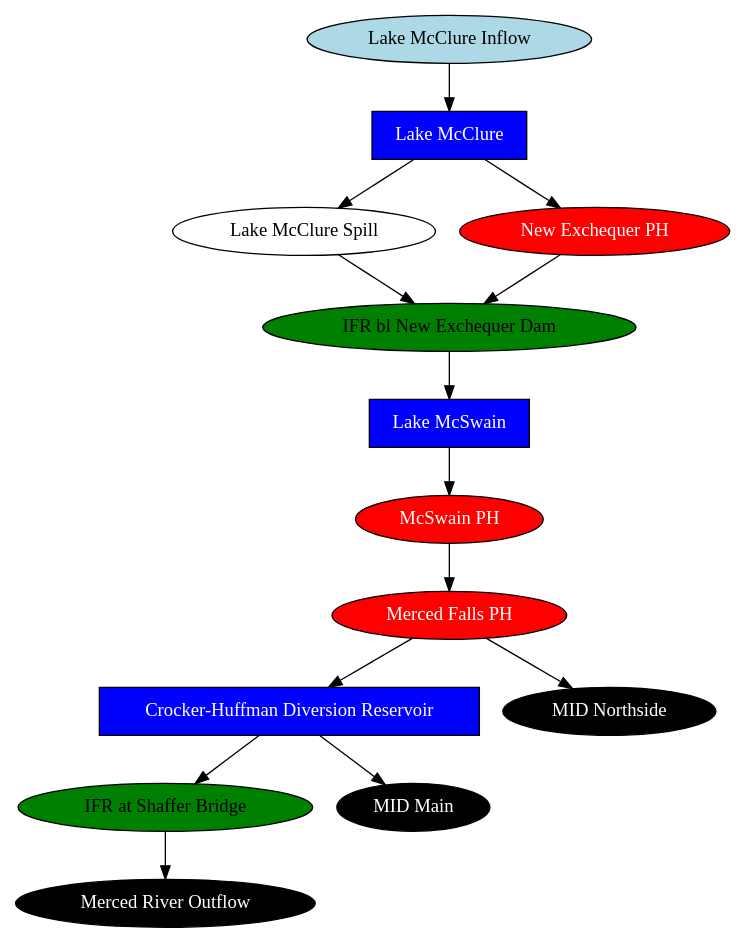
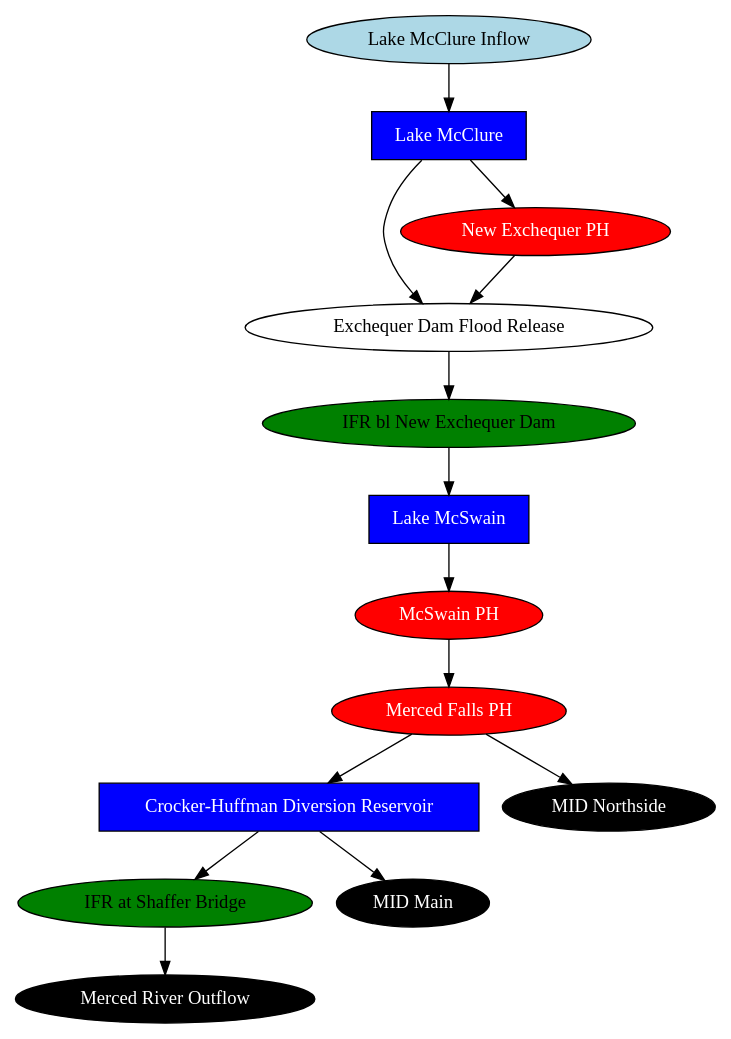
The diagram in dashapp/assets/schematics/merced_schematic_simplified.gv (vicelab/cen-sierra-pywr), drawn with Graphviz before and after one commit. The commit also changed 5 other files, not shown here.

```diff
--- a/dashapp/assets/schematics/merced_schematic_simplified.gv
+++ b/dashapp/assets/schematics/merced_schematic_simplified.gv
@@ -1,29 +1,29 @@
 // merced
 digraph merced {
 	"Lake McClure Inflow" [fillcolor=lightblue fontcolor=black shape=oval style=filled]
+	"Exchequer Dam Flood Release" [fillcolor=white fontcolor=black shape=oval style=filled]
 	"IFR bl New Exchequer Dam" [fillcolor=green fontcolor=black shape=oval style=filled]
 	"Crocker-Huffman Diversion Reservoir" [fillcolor=blue fontcolor=white shape=rect style=filled]
 	"Lake McClure" [fillcolor=blue fontcolor=white shape=rect style=filled]
-	"Lake McClure Spill" [fillcolor=white fontcolor=black shape=oval style=filled]
 	"Lake McSwain" [fillcolor=blue fontcolor=white shape=rect style=filled]
 	"McSwain PH" [fillcolor=red fontcolor=white shape=oval style=filled]
 	"Merced Falls PH" [fillcolor=red fontcolor=white shape=oval style=filled]
 	"IFR at Shaffer Bridge" [fillcolor=green fontcolor=black shape=oval style=filled]
 	"Merced River Outflow" [fillcolor=black fontcolor=white shape=oval style=filled]
 	"MID Main" [fillcolor=black fontcolor=white shape=oval style=filled]
 	"MID Northside" [fillcolor=black fontcolor=white shape=oval style=filled]
 	"New Exchequer PH" [fillcolor=red fontcolor=white shape=oval style=filled]
-	"Lake McClure" -> "Lake McClure Spill"
 	"Lake McClure" -> "New Exchequer PH"
+	"New Exchequer PH" -> "Exchequer Dam Flood Release"
+	"Exchequer Dam Flood Release" -> "IFR bl New Exchequer Dam"
 	"IFR bl New Exchequer Dam" -> "Lake McSwain"
 	"Crocker-Huffman Diversion Reservoir" -> "MID Main"
 	"Lake McSwain" -> "McSwain PH"
 	"Crocker-Huffman Diversion Reservoir" -> "IFR at Shaffer Bridge"
 	"Merced Falls PH" -> "MID Northside"
-	"Lake McClure Spill" -> "IFR bl New Exchequer Dam"
-	"New Exchequer PH" -> "IFR bl New Exchequer Dam"
 	"Merced Falls PH" -> "Crocker-Huffman Diversion Reservoir"
+	"Lake McClure" -> "Exchequer Dam Flood Release"
 	"McSwain PH" -> "Merced Falls PH"
 	"Lake McClure Inflow" -> "Lake McClure"
 	"IFR at Shaffer Bridge" -> "Merced River Outflow"
 }
```
